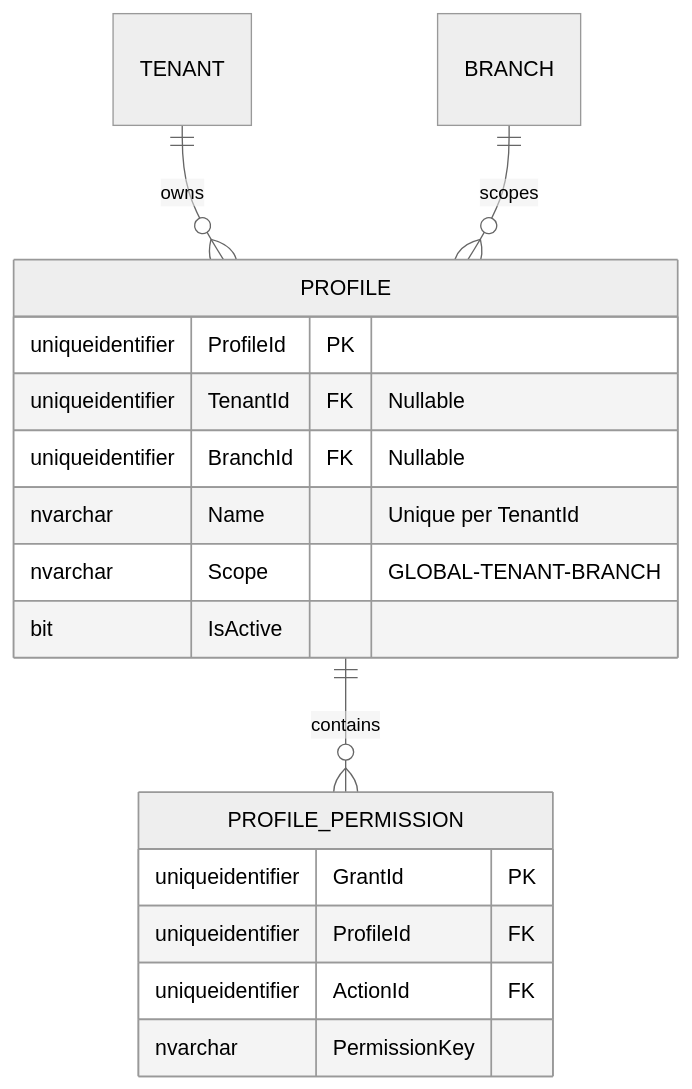
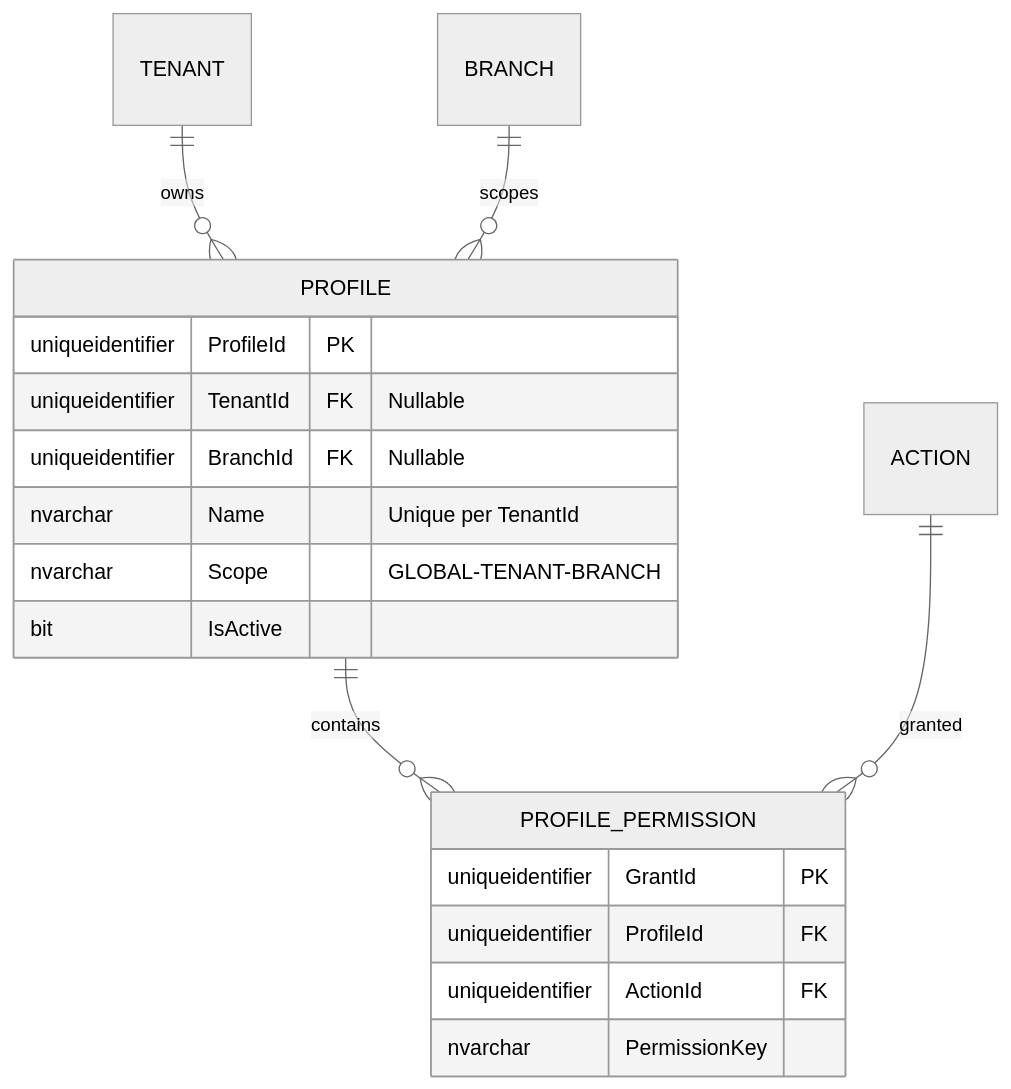
Before and after one commit to beyondnetcode/ums: the third of 3 diagrams in docs/domain/authorization/profile.md, drawn with Mermaid (neutral theme). The commit also changed other lines of this file and 19 other files, not shown here.

````diff
--- a/docs/domain/authorization/profile.md
+++ b/docs/domain/authorization/profile.md
@@ -119,21 +137,22 @@
 ```mermaid
 erDiagram
     PROFILE ||--o{ PROFILE_PERMISSION : "contains"
     TENANT ||--o{ PROFILE : "owns"
     BRANCH ||--o{ PROFILE : "scopes"
+    ACTION ||--o{ PROFILE_PERMISSION : "granted"
 
     PROFILE {
         uniqueidentifier ProfileId PK
         uniqueidentifier TenantId FK "Nullable"
         uniqueidentifier BranchId FK "Nullable"
         nvarchar Name "Unique per TenantId"
         nvarchar Scope "GLOBAL-TENANT-BRANCH"
         bit IsActive
     }
     PROFILE_PERMISSION {
         uniqueidentifier GrantId PK
         uniqueidentifier ProfileId FK
         uniqueidentifier ActionId FK
         nvarchar PermissionKey
     }
 ```
````
